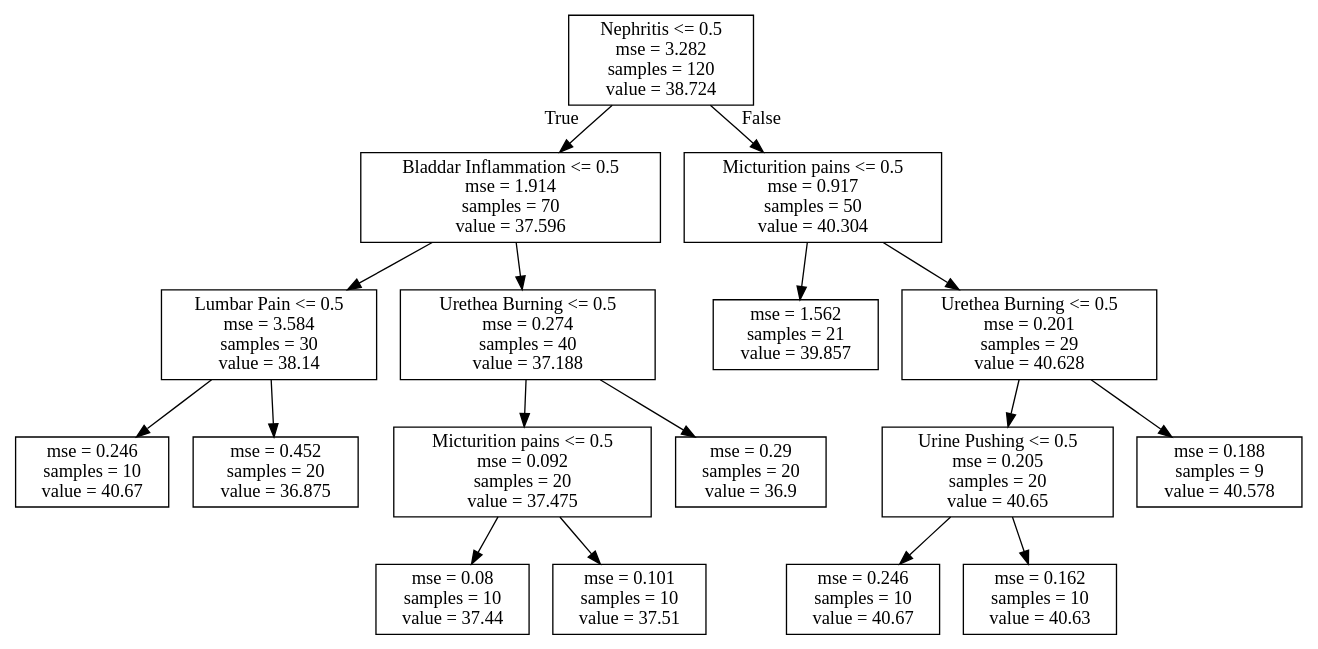
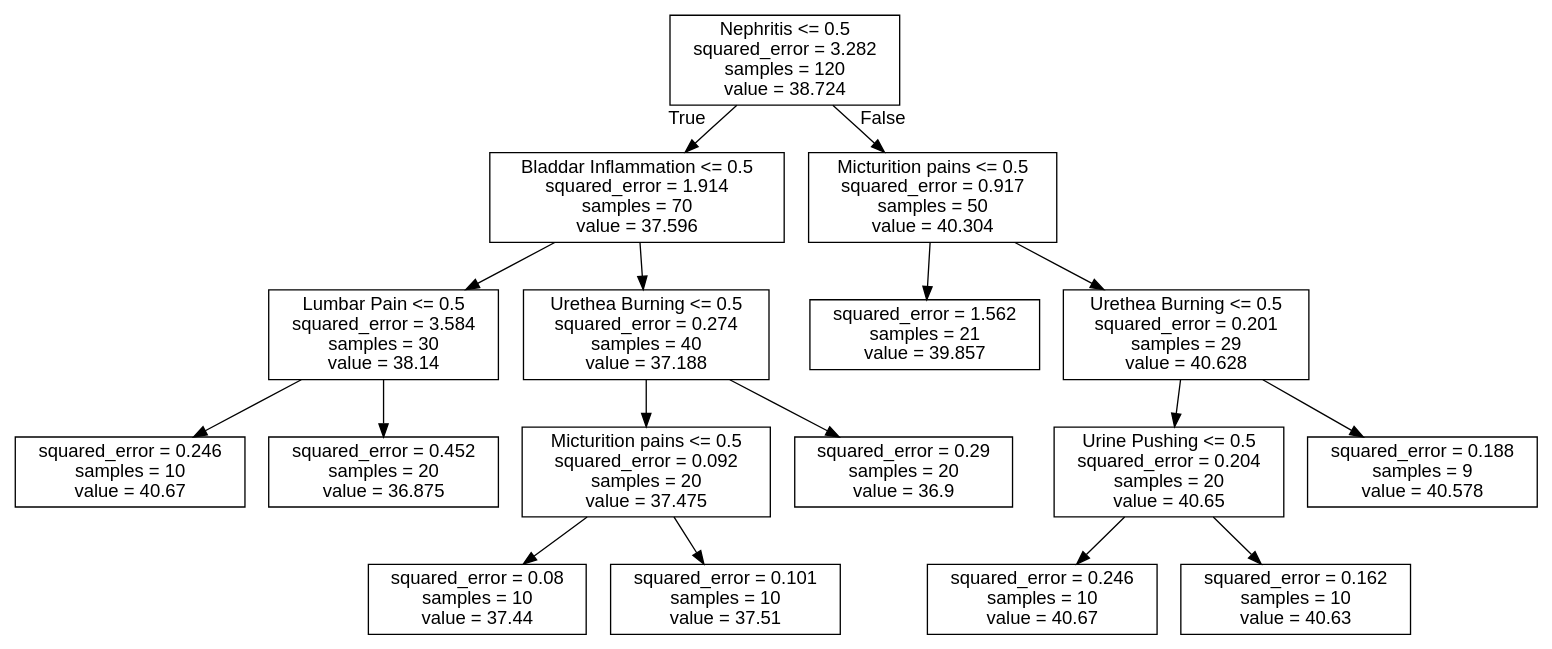
The diagram in Notebook/d_dt.dot (Miao-Long/hw5), drawn with Graphviz before and after one commit. The commit also changed 3 other files, not shown here.

```diff
--- a/Notebook/d_dt.dot
+++ b/Notebook/d_dt.dot
@@ -1,36 +1,37 @@
 digraph Tree {
-node [shape=box] ;
-0 [label="Nephritis <= 0.5\nmse = 3.282\nsamples = 120\nvalue = 38.724"] ;
-1 [label="Bladdar Inflammation <= 0.5\nmse = 1.914\nsamples = 70\nvalue = 37.596"] ;
+node [shape=box, fontname="helvetica"] ;
+edge [fontname="helvetica"] ;
+0 [label="Nephritis <= 0.5\nsquared_error = 3.282\nsamples = 120\nvalue = 38.724"] ;
+1 [label="Bladdar Inflammation <= 0.5\nsquared_error = 1.914\nsamples = 70\nvalue = 37.596"] ;
 0 -> 1 [labeldistance=2.5, labelangle=45, headlabel="True"] ;
-2 [label="Lumbar Pain <= 0.5\nmse = 3.584\nsamples = 30\nvalue = 38.14"] ;
+2 [label="Lumbar Pain <= 0.5\nsquared_error = 3.584\nsamples = 30\nvalue = 38.14"] ;
 1 -> 2 ;
-3 [label="mse = 0.246\nsamples = 10\nvalue = 40.67"] ;
+3 [label="squared_error = 0.246\nsamples = 10\nvalue = 40.67"] ;
 2 -> 3 ;
-4 [label="mse = 0.452\nsamples = 20\nvalue = 36.875"] ;
+4 [label="squared_error = 0.452\nsamples = 20\nvalue = 36.875"] ;
 2 -> 4 ;
-5 [label="Urethea Burning <= 0.5\nmse = 0.274\nsamples = 40\nvalue = 37.188"] ;
+5 [label="Urethea Burning <= 0.5\nsquared_error = 0.274\nsamples = 40\nvalue = 37.188"] ;
 1 -> 5 ;
-6 [label="Micturition pains <= 0.5\nmse = 0.092\nsamples = 20\nvalue = 37.475"] ;
+6 [label="Micturition pains <= 0.5\nsquared_error = 0.092\nsamples = 20\nvalue = 37.475"] ;
 5 -> 6 ;
-7 [label="mse = 0.08\nsamples = 10\nvalue = 37.44"] ;
+7 [label="squared_error = 0.08\nsamples = 10\nvalue = 37.44"] ;
 6 -> 7 ;
-8 [label="mse = 0.101\nsamples = 10\nvalue = 37.51"] ;
+8 [label="squared_error = 0.101\nsamples = 10\nvalue = 37.51"] ;
 6 -> 8 ;
-9 [label="mse = 0.29\nsamples = 20\nvalue = 36.9"] ;
+9 [label="squared_error = 0.29\nsamples = 20\nvalue = 36.9"] ;
 5 -> 9 ;
-10 [label="Micturition pains <= 0.5\nmse = 0.917\nsamples = 50\nvalue = 40.304"] ;
+10 [label="Micturition pains <= 0.5\nsquared_error = 0.917\nsamples = 50\nvalue = 40.304"] ;
 0 -> 10 [labeldistance=2.5, labelangle=-45, headlabel="False"] ;
-11 [label="mse = 1.562\nsamples = 21\nvalue = 39.857"] ;
+11 [label="squared_error = 1.562\nsamples = 21\nvalue = 39.857"] ;
 10 -> 11 ;
-12 [label="Urethea Burning <= 0.5\nmse = 0.201\nsamples = 29\nvalue = 40.628"] ;
+12 [label="Urethea Burning <= 0.5\nsquared_error = 0.201\nsamples = 29\nvalue = 40.628"] ;
 10 -> 12 ;
-13 [label="Urine Pushing <= 0.5\nmse = 0.205\nsamples = 20\nvalue = 40.65"] ;
+13 [label="Urine Pushing <= 0.5\nsquared_error = 0.204\nsamples = 20\nvalue = 40.65"] ;
 12 -> 13 ;
-14 [label="mse = 0.246\nsamples = 10\nvalue = 40.67"] ;
+14 [label="squared_error = 0.246\nsamples = 10\nvalue = 40.67"] ;
 13 -> 14 ;
-15 [label="mse = 0.162\nsamples = 10\nvalue = 40.63"] ;
+15 [label="squared_error = 0.162\nsamples = 10\nvalue = 40.63"] ;
 13 -> 15 ;
-16 [label="mse = 0.188\nsamples = 9\nvalue = 40.578"] ;
+16 [label="squared_error = 0.188\nsamples = 9\nvalue = 40.578"] ;
 12 -> 16 ;
 }
```
